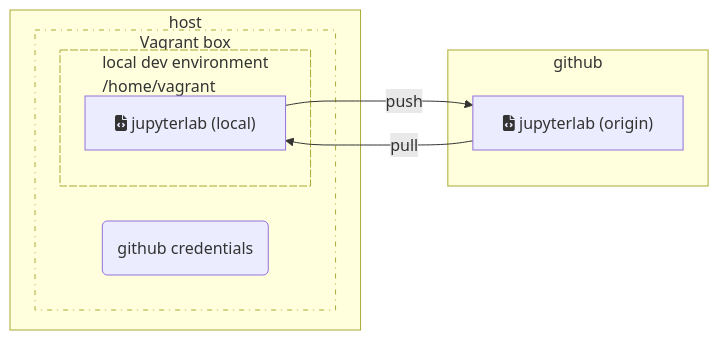
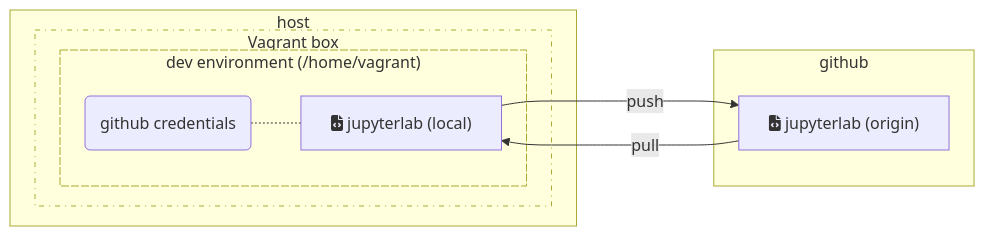
Before and after one commit to markgreene74/jupyterlab-local-dev-with-vagrant: the second of 3 diagrams in README.md, drawn with Mermaid. The commit also changed other lines of this file, not shown here.

Commit message:
small changes to the diagrams

````diff
--- a/README.md
+++ b/README.md
@@ -136,17 +136,17 @@
 ```mermaid
 graph LR
     subgraph host
         subgraph vagrant["Vagrant box<div></div> "]
-            gh("github credentials")
-            subgraph localdev["local dev environment<div></div>/home/vagrant"]
+            subgraph localdev["dev environment (/home/vagrant)"]
+            gh("github credentials") -.- clone
             clone["fa:fa-file-code jupyterlab (local)"]
             style localdev stroke-dasharray: 8 2
             style vagrant  stroke-dasharray: 5 5 1 5
             end
         end
     end
     subgraph github
-        repo["fa:fa-file-code jupyterlab (origin)"] --pull--> clone
-        clone --push--> repo
+        repo["fa:fa-file-code jupyterlab (origin)"] --pull---> clone
+        clone --push---> repo
     end
 ```
````
